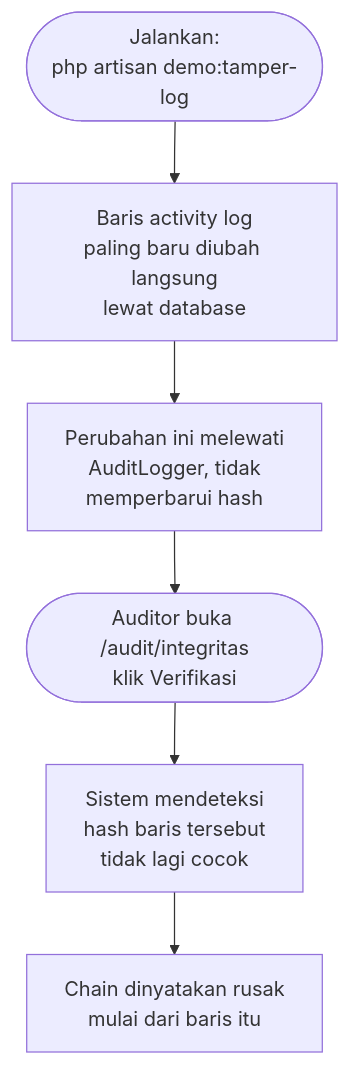
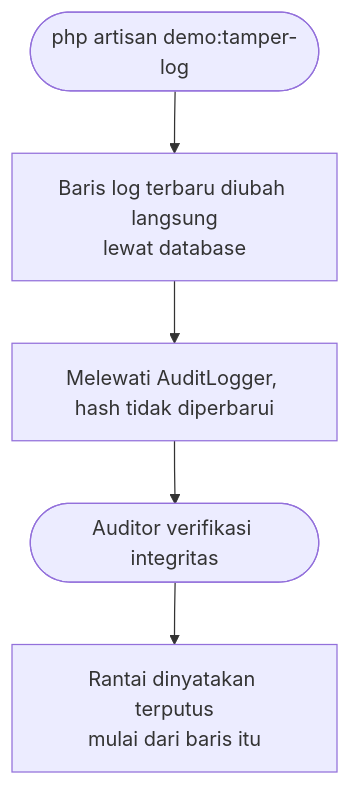
The ninth of 12 diagrams in docs/ALUR_KERJA.md (muhammad-rapi/sidona), drawn with Mermaid before and after one commit. The commit also changed other lines of this file and 2 other files, not shown here.

````diff
--- a/docs/ALUR_KERJA.md
+++ b/docs/ALUR_KERJA.md
@@ -166,8 +201,7 @@
 ```mermaid
 flowchart TD
-    A([Jalankan:\nphp artisan demo:tamper-log]) --> B[Baris activity log\npaling baru diubah langsung\nlewat database]
-    B --> C[Perubahan ini melewati\nAuditLogger, tidak\nmemperbarui hash]
-    C --> D([Auditor buka /audit/integritas\nklik Verifikasi])
-    D --> E[Sistem mendeteksi\nhash baris tersebut\ntidak lagi cocok]
-    E --> F[Chain dinyatakan rusak\nmulai dari baris itu]
+    A([php artisan demo:tamper-log]) --> B[Baris log terbaru diubah langsung\nlewat database]
+    B --> C[Melewati AuditLogger, hash tidak diperbarui]
+    C --> D([Auditor verifikasi integritas])
+    D --> E[Rantai dinyatakan terputus\nmulai dari baris itu]
 ```
````
